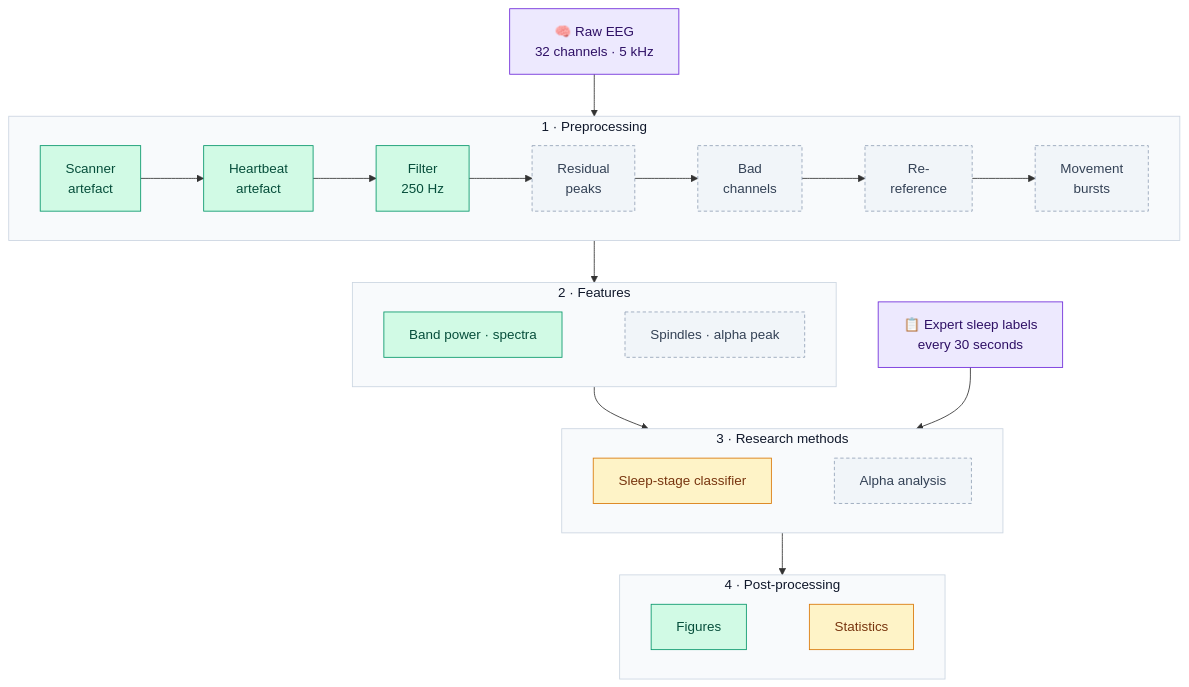
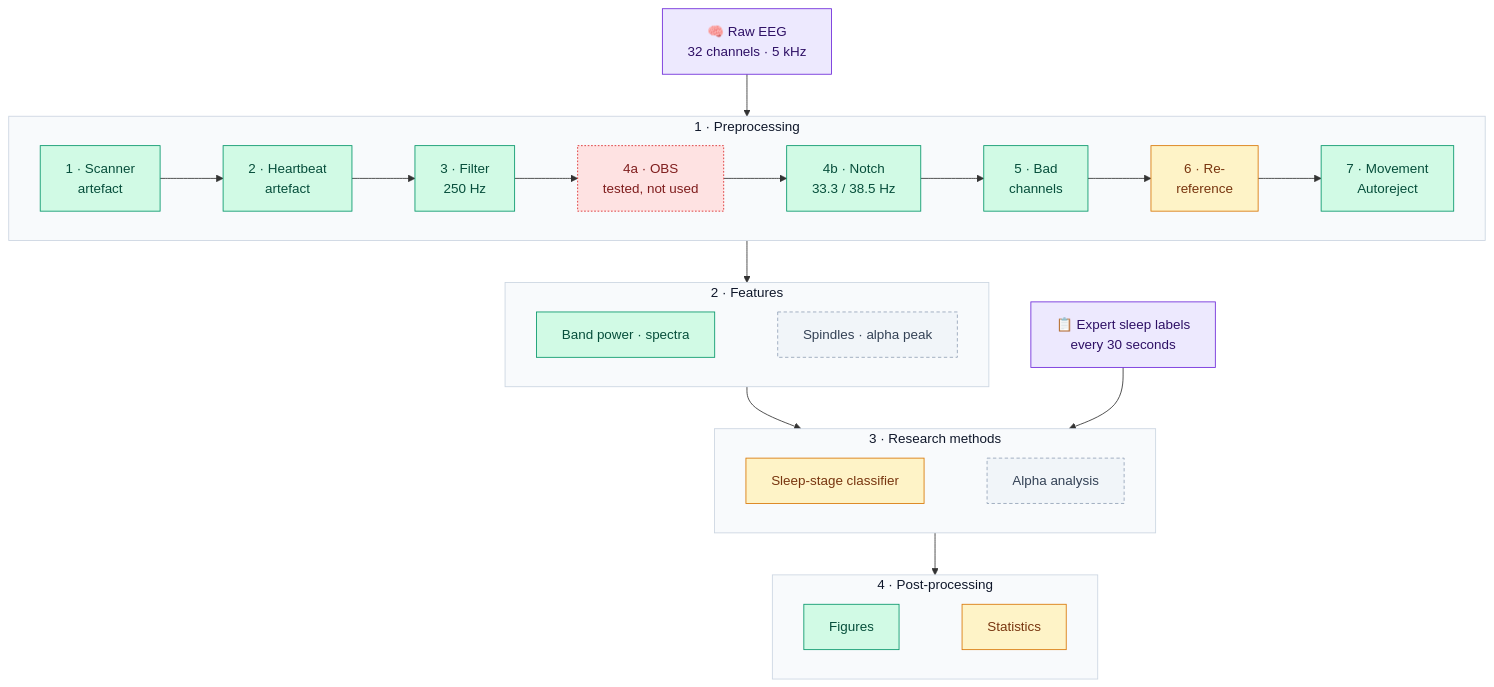
Before and after one commit to besrabhagyashree/sleep-eeg-fmri: the diagram in README.md, drawn with Mermaid. The commit also changed other lines of this file and 1 other file, not shown here.

Commit message:
docs: show all 7 preprocessing steps and where each is used
Pipeline diagram and stage table now list notch (4b), interpolation (5),
re-reference (6, chosen at 33 people) and movement (7, Autoreject); OBS (4a)
is marked tested and not adopted.

````diff
--- a/README.md
+++ b/README.md
@@ -34,34 +34,35 @@
 ```mermaid
 flowchart TB
     RAW["🧠 Raw EEG<br/>32 channels · 5 kHz"]:::data
 
     subgraph S1 ["1 · Preprocessing"]
         direction LR
-        P1["Scanner<br/>artefact"]:::done --> P2["Heartbeat<br/>artefact"]:::done --> P3["Filter<br/>250 Hz"]:::done --> P4["Residual<br/>peaks"]:::todo --> P5["Bad<br/>channels"]:::todo --> P6["Re-<br/>reference"]:::todo --> P7["Movement<br/>bursts"]:::todo
+        P1["1 · Scanner<br/>artefact"]:::done --> P2["2 · Heartbeat<br/>artefact"]:::done --> P3["3 · Filter<br/>250 Hz"]:::done --> P4A["4a · OBS<br/>tested, not used"]:::rejected --> P4B["4b · Notch<br/>33.3 / 38.5 Hz"]:::done --> P5["5 · Bad<br/>channels"]:::done --> P6["6 · Re-<br/>reference"]:::wip --> P7["7 · Movement<br/>Autoreject"]:::done
     end
     subgraph S2 ["2 · Features"]
         direction LR
         F1["Band power · spectra"]:::done ~~~ F2["Spindles · alpha peak"]:::todo
     end
     subgraph S3 ["3 · Research methods"]
         direction LR
         M1["Sleep-stage classifier"]:::wip ~~~ M2["Alpha analysis"]:::todo
     end
     LAB["📋 Expert sleep labels<br/>every 30 seconds"]:::data
     subgraph S4 ["4 · Post-processing"]
         direction LR
         Q1["Figures"]:::done ~~~ Q2["Statistics"]:::wip
     end
 
     RAW --> S1 --> S2 --> S3 --> S4
     LAB --> S3
 
     classDef done fill:#d1fae5,stroke:#059669,color:#064e3b
     classDef wip fill:#fef3c7,stroke:#d97706,color:#78350f
     classDef todo fill:#f1f5f9,stroke:#94a3b8,color:#334155,stroke-dasharray: 4 3
     classDef data fill:#ede9fe,stroke:#6d28d9,color:#2e1065
+    classDef rejected fill:#fee2e2,stroke:#dc2626,color:#7f1d1d,stroke-dasharray: 2 2
     style S1 fill:#f8fafc,stroke:#cbd5e1,color:#0f172a
     style S2 fill:#f8fafc,stroke:#cbd5e1,color:#0f172a
     style S3 fill:#f8fafc,stroke:#cbd5e1,color:#0f172a
     style S4 fill:#f8fafc,stroke:#cbd5e1,color:#0f172a
 ```
````
